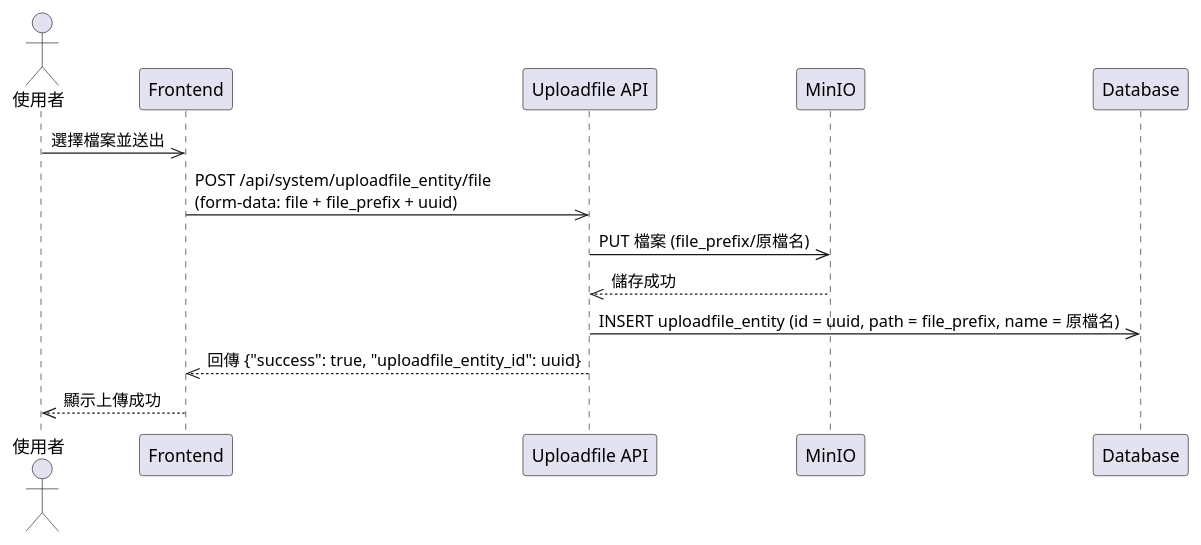
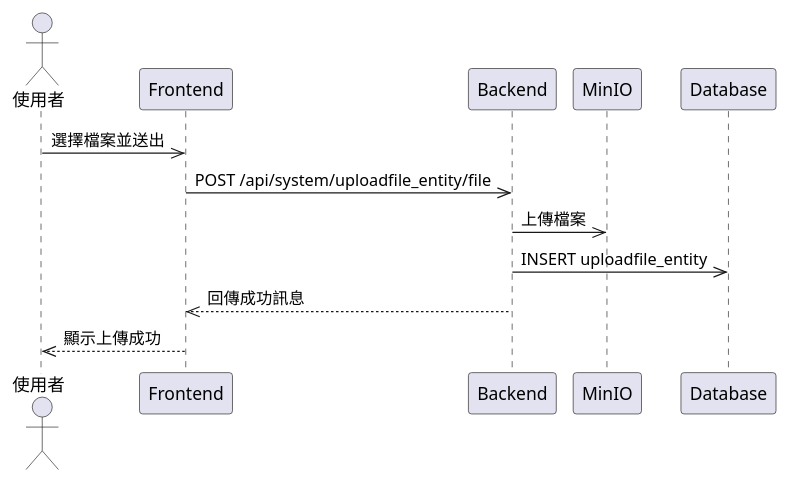
The diagram in plantUML/sequence/file_upload.puml (walle45611/NTUB_SecuManag_Diagram), drawn with PlantUML before and after one commit. The commit also changed 9 other files, not shown here.

Commit message:
feat: 更新多個流程圖，調整參與者與流程步驟以增強可讀性，並整合核准與拒絕流程

```diff
--- a/plantUML/sequence/file_upload.puml
+++ b/plantUML/sequence/file_upload.puml
@@ -1,16 +1,15 @@
 @startuml
 actor User as "使用者"
 participant Frontend
-participant "Uploadfile API" as UploadAPI
+participant Backend
 participant MinIO
 participant Database
 
 User ->> Frontend: 選擇檔案並送出
-Frontend ->> UploadAPI: POST /api/system/uploadfile_entity/file\n(form-data: file + file_prefix + uuid)
-UploadAPI ->> MinIO: PUT 檔案 (file_prefix/原檔名)
-MinIO -->> UploadAPI: 儲存成功
-UploadAPI ->> Database: INSERT uploadfile_entity (id = uuid, path = file_prefix, name = 原檔名)
-UploadAPI -->> Frontend: 回傳 {"success": true, "uploadfile_entity_id": uuid}
+Frontend ->> Backend: POST /api/system/uploadfile_entity/file
+Backend ->> MinIO: 上傳檔案
+Backend ->> Database: INSERT uploadfile_entity
+Backend -->> Frontend: 回傳成功訊息
 Frontend -->> User: 顯示上傳成功
 
 @enduml
```
